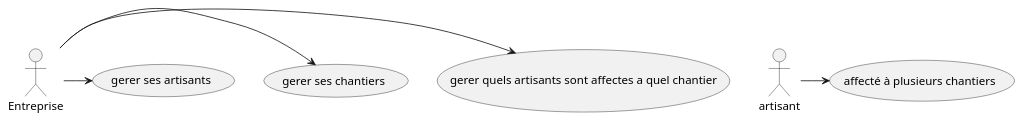
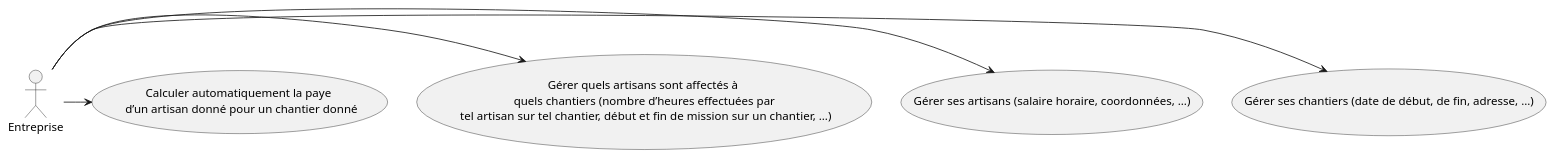
The diagram in uc.plantuml (IUT-Blagnac/r2-01-conception-td5-OryannMcCloud), drawn with PlantUML before and after one commit. The commit also changed 1 other file, not shown here.

Commit message:
final version plantuml

```diff
--- a/uc.plantuml
+++ b/uc.plantuml
@@ -4,18 +4,16 @@
 @startuml
 
-usecase u as "gerer ses chantiers"
-usecase c as "gerer ses artisants"
-usecase d as "gerer quels artisants sont affectes a quel chantier"
-usecase t as "affecté à plusieurs chantiers"
+usecase a as "Gérer ses chantiers (date de début, de fin, adresse, …​)"
+usecase b as "Gérer ses artisans (salaire horaire, coordonnées, …​)"
+usecase c as "Gérer quels artisans sont affectés à \n quels chantiers (nombre d’heures effectuées par \n tel artisan sur tel chantier, début et fin de mission sur un chantier, …​)"
+usecase d as "Calculer automatiquement la paye \n d’un artisan donné pour un chantier donné"
 
-actor Entreprise
-
-'Pour aligner les 2 acteurs :
+actor Entreprise 
 
 
+Entreprise -> a
+Entreprise -> b
+Entreprise -> c
 Entreprise -> d
-Entreprise -> u
-Entreprise -> c
-artisant -> t
 
 @enduml
```
